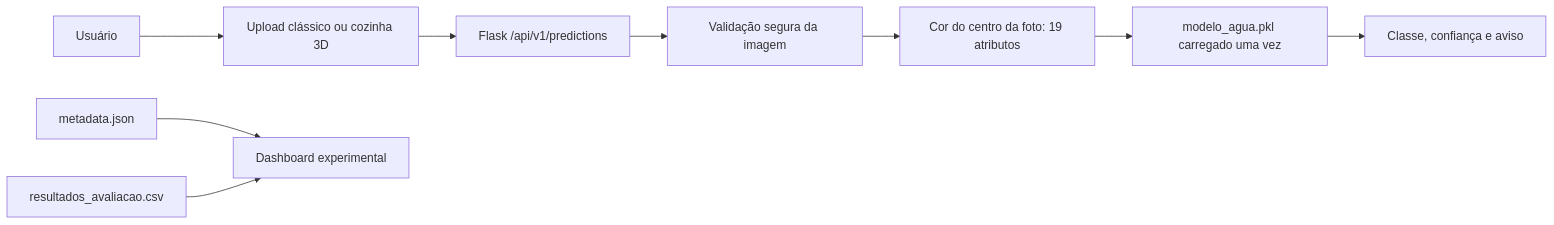
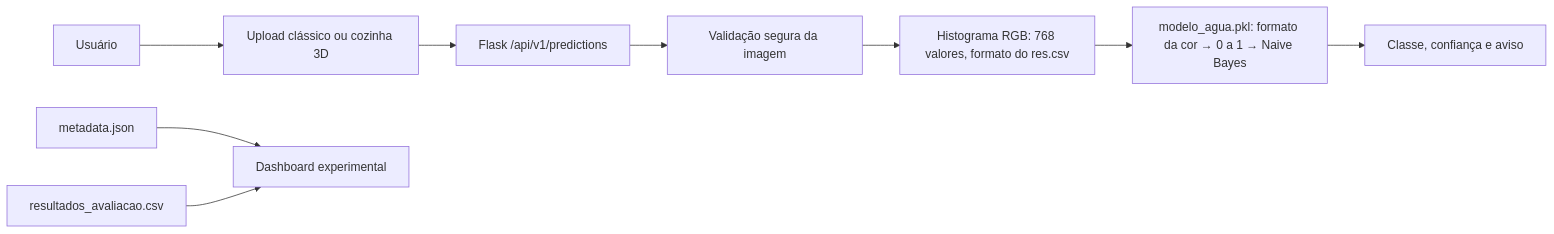
One commit to PedroArlyx/water-clarity-classifier changed the first of 6 diagrams in docs/ARQUITETURA.md. Above: the diagram before and after it, drawn with Mermaid. The commit also changed other lines of this file and 41 other files, not shown here.

Commit message:
feat: adicao do modelo treinado no nootboke do colab Naive Bayes

````diff
--- a/docs/ARQUITETURA.md
+++ b/docs/ARQUITETURA.md
@@ -5,11 +5,11 @@
 ```mermaid
 flowchart LR
     U[Usuário] --> UI[Upload clássico ou cozinha 3D]
     UI --> API[Flask /api/v1/predictions]
     API --> V[Validação segura da imagem]
-    V --> F[Cor do centro da foto: 19 atributos]
-    F --> M[modelo_agua.pkl carregado uma vez]
+    V --> F[Histograma RGB: 768 valores, formato do res.csv]
+    F --> M[modelo_agua.pkl: formato da cor → 0 a 1 → Naive Bayes]
     M --> R[Classe, confiança e aviso]
     META[metadata.json] --> DASH[Dashboard experimental]
     CSV[resultados_avaliacao.csv] --> DASH
 ```
````
